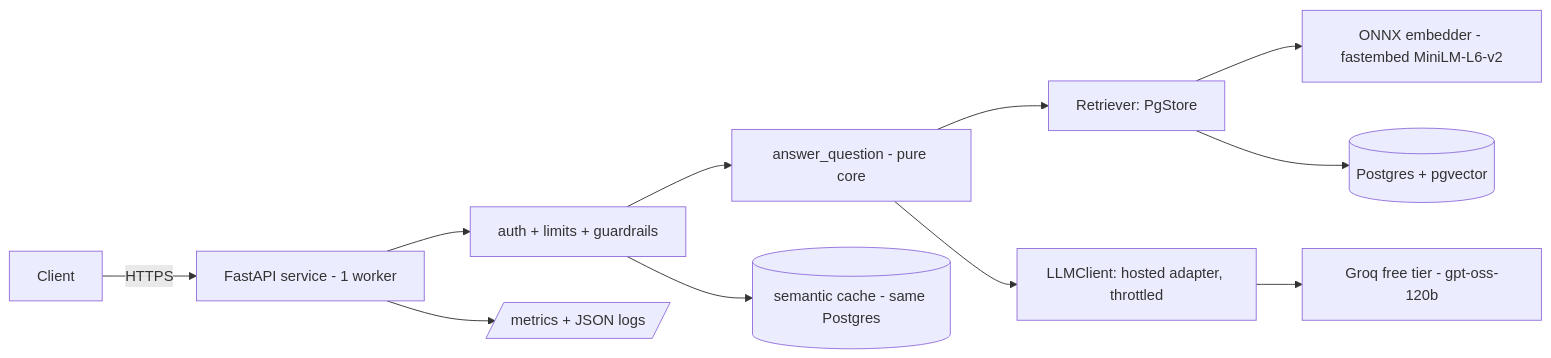
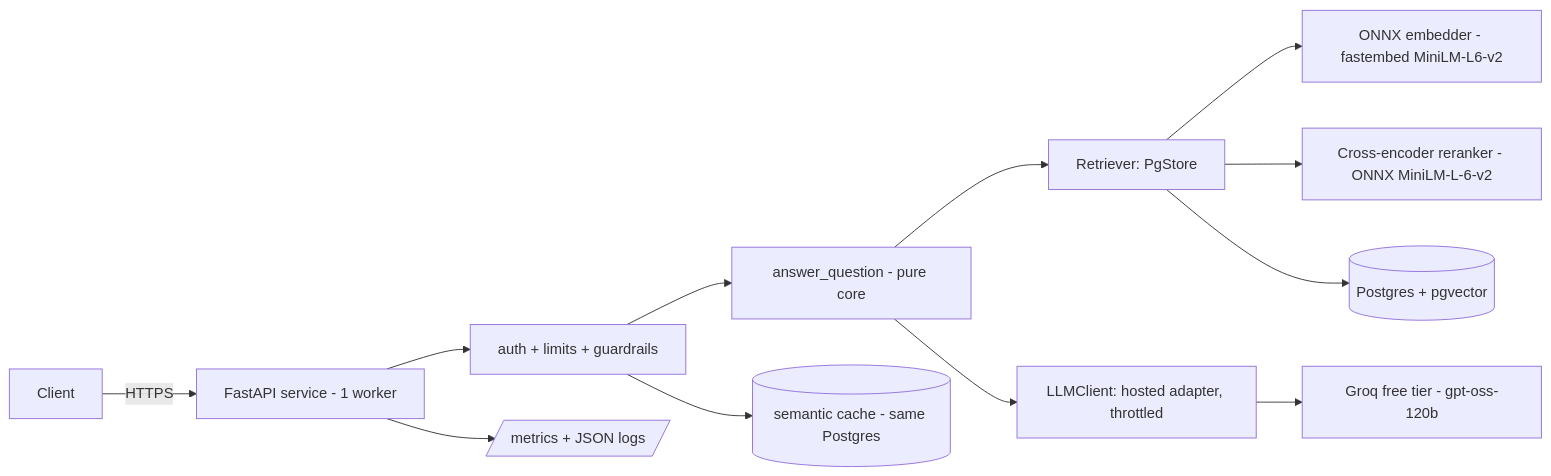
Before and after one commit to HamzaAhmedSharif/Project-7-DocMind-Service: the diagram in README.md, drawn with Mermaid. The commit also changed other lines of this file and 5 other files, not shown here.

````diff
--- a/README.md
+++ b/README.md
@@ -61,13 +68,14 @@
 ```mermaid
 flowchart LR
   C[Client] -->|HTTPS| API[FastAPI service - 1 worker]
   API --> AUTH[auth + limits + guardrails]
   AUTH --> Q[answer_question - pure core]
   Q --> R[Retriever: PgStore]
   Q --> L[LLMClient: hosted adapter, throttled]
   R --> E[ONNX embedder - fastembed MiniLM-L6-v2]
+  R --> X[Cross-encoder reranker - ONNX MiniLM-L-6-v2]
   R --> PG[(Postgres + pgvector)]
   AUTH --> CACHE[(semantic cache - same Postgres)]
   API --> M[/metrics + JSON logs/]
   L --> G[Groq free tier - gpt-oss-120b]
 ```
````
